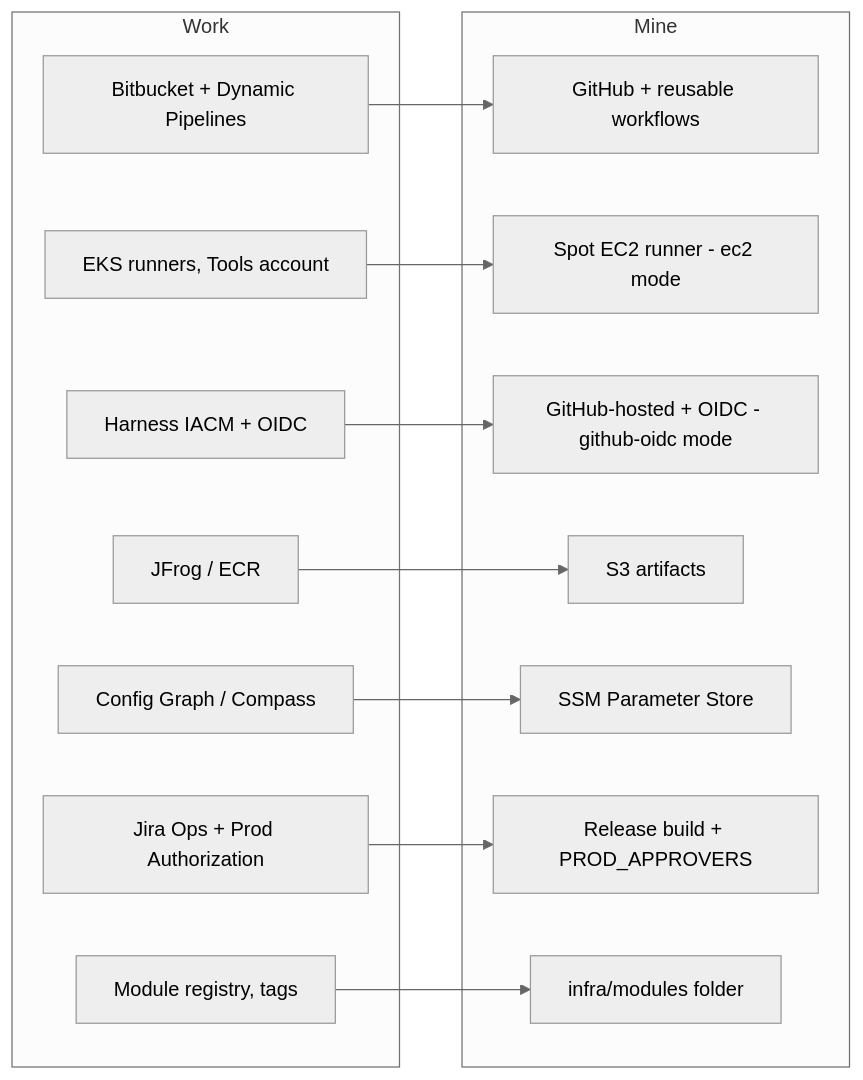
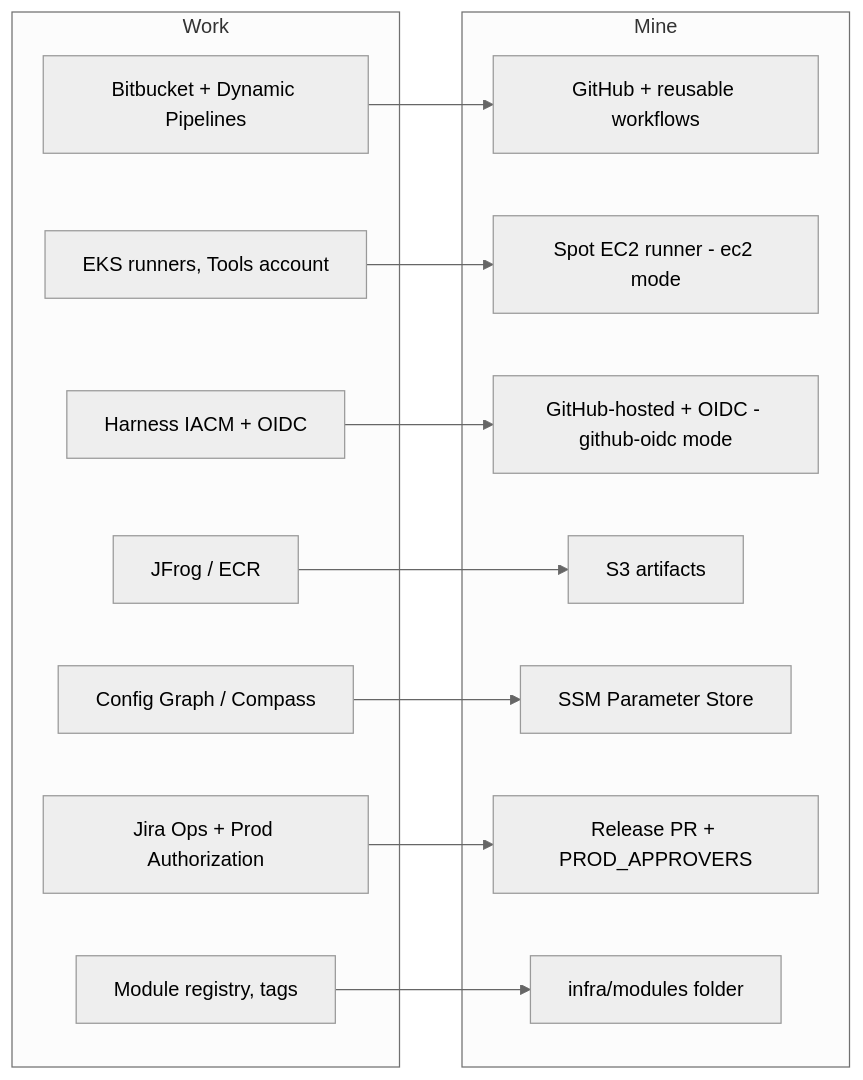
One commit to artyfartymarty/aws-cicd-pipeline changed the diagram in docs/vault/Mapping.md. Above: the diagram before and after it, drawn with Mermaid (neutral theme). The commit also changed other lines of this file and 30 other files, not shown here.

First line of the commit message:
Add the dev branch and release PR flow with semantic version tags

````diff
--- a/docs/vault/Mapping.md
+++ b/docs/vault/Mapping.md
@@ -34,28 +34,28 @@
 ```mermaid
 flowchart LR
   subgraph Work
     W1[Bitbucket + Dynamic Pipelines]
     W2[EKS runners, Tools account]
     W3[Harness IACM + OIDC]
     W4[JFrog / ECR]
     W5[Config Graph / Compass]
     W6[Jira Ops + Prod Authorization]
     W7[Module registry, tags]
   end
   subgraph Mine
     M1[GitHub + reusable workflows]
     M2[Spot EC2 runner - ec2 mode]
     M3[GitHub-hosted + OIDC - github-oidc mode]
     M4[S3 artifacts]
     M5[SSM Parameter Store]
-    M6[Release build + PROD_APPROVERS]
+    M6[Release PR + PROD_APPROVERS]
     M7[infra/modules folder]
   end
   W1 --> M1
   W2 --> M2
   W3 --> M3
   W4 --> M4
   W5 --> M5
   W6 --> M6
   W7 --> M7
 ```
````
